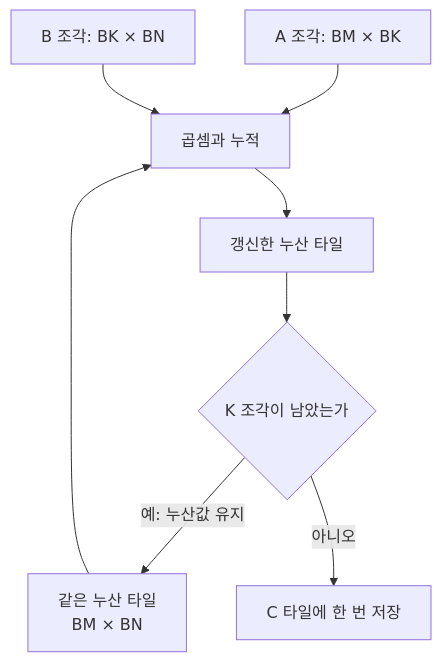
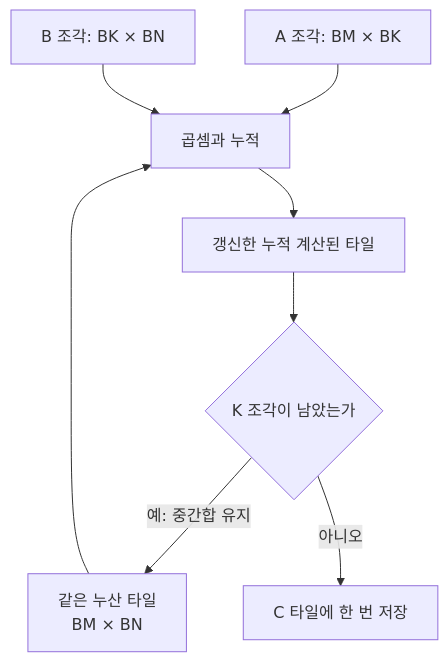
Before and after one commit to legato-user-group/tensor2slicon-lab: the fourth of 8 diagrams in week04/yblee.md, drawn with Mermaid. The commit also changed other lines of this file, not shown here.

````diff
--- a/week04/yblee.md
+++ b/week04/yblee.md
@@ -381,10 +381,10 @@
 ```mermaid
 flowchart TB
     A["A 조각: BM × BK"] --> MM["곱셈과 누적"]
     B["B 조각: BK × BN"] --> MM
     ACC["같은 누산 타일<br/>BM × BN"] --> MM
-    MM --> ACC2["갱신한 누산 타일"]
+    MM --> ACC2["갱신한 누적 계산된 타일"]
     ACC2 --> NEXT{"K 조각이 남았는가"}
-    NEXT -->|"예: 누산값 유지"| ACC
+    NEXT -->|"예: 중간합 유지"| ACC
     NEXT -->|"아니오"| STORE["C 타일에 한 번 저장"]
 ```
````
